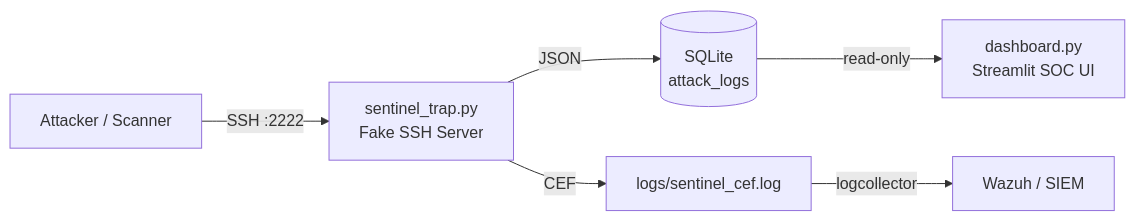
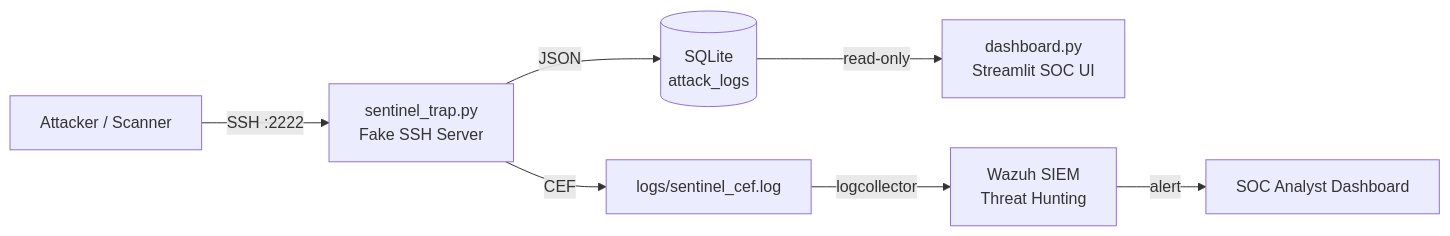
Before and after one commit to Kurai8s/sentinel-trap: the diagram in README.md, drawn with Mermaid. The commit also changed other lines of this file, not shown here.

First line of the commit message:
Enhance README with Wazuh integration and project details

````diff
--- a/README.md
+++ b/README.md
@@ -17,8 +28,9 @@
 ```mermaid
 flowchart LR
     A[Attacker / Scanner] -->|SSH :2222| B[sentinel_trap.py<br/>Fake SSH Server]
     B -->|JSON| C[(SQLite<br/>attack_logs)]
     B -->|CEF| D[logs/sentinel_cef.log]
     C -->|read-only| E[dashboard.py<br/>Streamlit SOC UI]
-    D -->|logcollector| F[Wazuh / SIEM]
+    D -->|logcollector| F[Wazuh SIEM<br/>Threat Hunting]
+    F -->|alert| G[SOC Analyst Dashboard]
 ```
````
